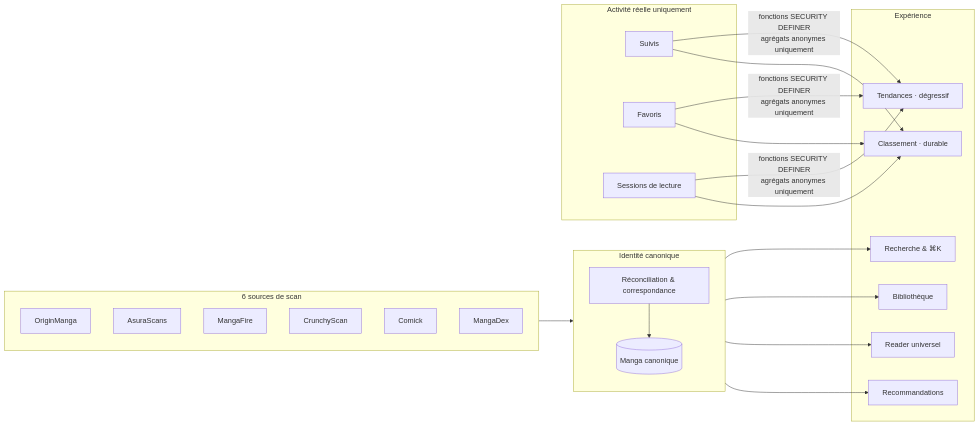
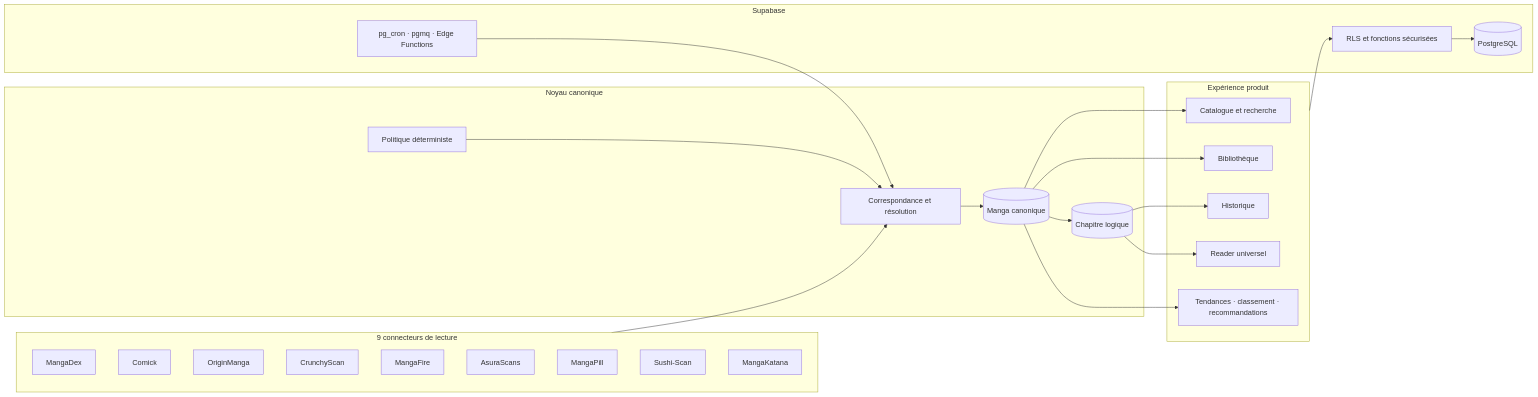
One commit to eulogep/manga-wave-bienvenue-fusion changed the diagram in README.md. Above: the diagram before and after it, drawn with Mermaid. The commit also changed other lines of this file, not shown here.

````diff
--- a/README.md
+++ b/README.md
@@ -72,41 +120,47 @@
 ```mermaid
 flowchart LR
-    subgraph Sources["6 sources de scan"]
-        S1[OriginManga]
-        S2[AsuraScans]
-        S3[MangaFire]
-        S4[CrunchyScan]
-        S5[Comick]
-        S6[MangaDex]
+    subgraph Providers["9 connecteurs de lecture"]
+        P1[MangaDex]
+        P2[Comick]
+        P3[OriginManga]
+        P4[CrunchyScan]
+        P5[MangaFire]
+        P6[AsuraScans]
+        P7[MangaPill]
+        P8[Sushi-Scan]
+        P9[MangaKatana]
     end
 
-    subgraph Canon["Identité canonique"]
-        direction TB
-        C1[Réconciliation & correspondance]
-        C2[(Manga canonique)]
-        C1 --> C2
+    subgraph Core["Noyau canonique"]
+        Resolve[Correspondance et résolution]
+        Manga[(Manga canonique)]
+        Chapter[(Chapitre logique)]
+        Policy[Politique déterministe]
+        Resolve --> Manga --> Chapter
+        Policy --> Resolve
     end
 
-    subgraph Signals["Activité réelle uniquement"]
-        A1[Suivis]
-        A2[Favoris]
-        A3[Sessions de lecture]
+    subgraph Product["Expérience produit"]
+        Search[Catalogue et recherche]
+        Library[Bibliothèque]
+        History[Historique]
+        Reader[Reader universel]
+        Signals[Tendances · classement · recommandations]
     end
 
-    subgraph Features["Expérience"]
-        F1[Recherche & ⌘K]
-        F2[Bibliothèque]
-        F3[Reader universel]
-        F4[Tendances · dégressif]
-        F5[Classement · durable]
-        F6[Recommandations]
+    Providers --> Resolve
+    Manga --> Search
+    Manga --> Library
+    Chapter --> History
+    Chapter --> Reader
+    Manga --> Signals
+
+    subgraph Data["Supabase"]
+        DB[(PostgreSQL)]
+        RLS[RLS et fonctions sécurisées]
+        Jobs[pg_cron · pgmq · Edge Functions]
     end
 
-    Sources --> C1
-    C2 --> F1
-    C2 --> F2
-    C2 --> F3
-    C2 --> F6
-    A1 & A2 & A3 -->|"fonctions SECURITY DEFINER<br/>agrégats anonymes uniquement"| F4
-    A1 & A2 & A3 --> F5
+    Product --> RLS --> DB
+    Jobs --> Resolve
 ```
````
